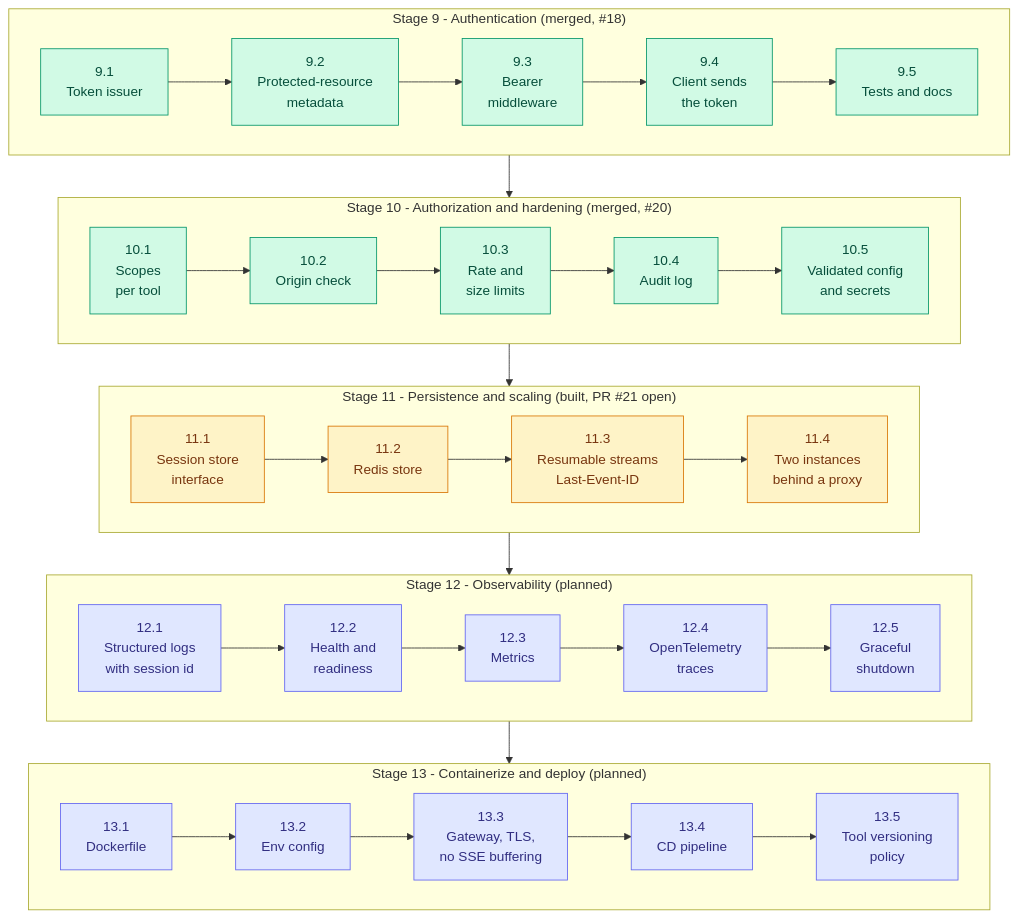
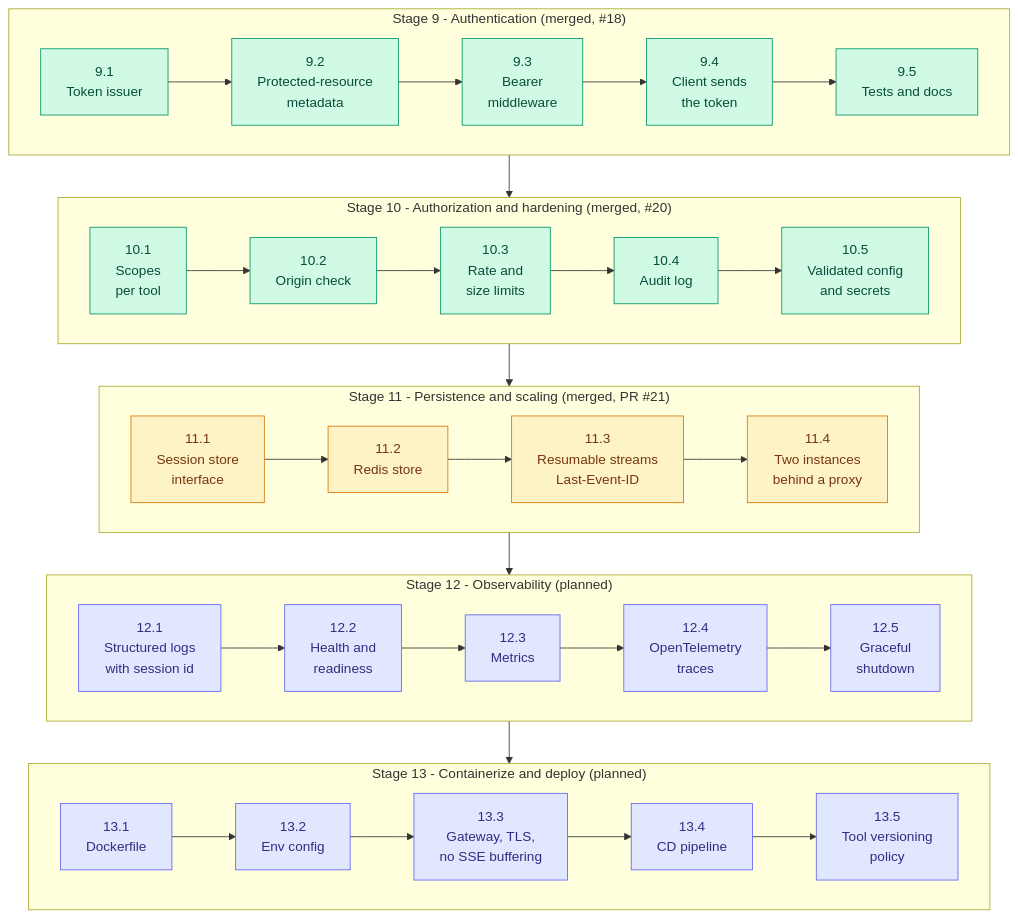
The third of 4 diagrams in README.md (shadmaanAsif/MCP-Explorer), drawn with Mermaid before and after one commit. The commit also changed other lines of this file, not shown here.

Commit message:
Show Stage 11 as merged in the README
Update the Stage 11 diagram title and the "Where we are" line now that
PR 21 is merged, and note that the Stage 12 plan is written.

````diff
--- a/README.md
+++ b/README.md
@@ -110,30 +110,30 @@
 ```mermaid
 flowchart TB
     subgraph S9["Stage 9 - Authentication (merged, #18)"]
         direction LR
         A1["9.1<br/>Token issuer"] --> A2["9.2<br/>Protected-resource<br/>metadata"] --> A3["9.3<br/>Bearer<br/>middleware"] --> A4["9.4<br/>Client sends<br/>the token"] --> A5["9.5<br/>Tests and docs"]
     end
     subgraph S10["Stage 10 - Authorization and hardening (merged, #20)"]
         direction LR
         B1["10.1<br/>Scopes<br/>per tool"] --> B2["10.2<br/>Origin check"] --> B3["10.3<br/>Rate and<br/>size limits"] --> B4["10.4<br/>Audit log"] --> B5["10.5<br/>Validated config<br/>and secrets"]
     end
-    subgraph S11["Stage 11 - Persistence and scaling (built, PR #21 open)"]
+    subgraph S11["Stage 11 - Persistence and scaling (merged, PR #21)"]
         direction LR
         C1["11.1<br/>Session store<br/>interface"] --> C2["11.2<br/>Redis store"] --> C3["11.3<br/>Resumable streams<br/>Last-Event-ID"] --> C4["11.4<br/>Two instances<br/>behind a proxy"]
     end
     subgraph S12["Stage 12 - Observability (planned)"]
         direction LR
         D1["12.1<br/>Structured logs<br/>with session id"] --> D2["12.2<br/>Health and<br/>readiness"] --> D3["12.3<br/>Metrics"] --> D4["12.4<br/>OpenTelemetry<br/>traces"] --> D5["12.5<br/>Graceful<br/>shutdown"]
     end
     subgraph S13["Stage 13 - Containerize and deploy (planned)"]
         direction LR
         E1["13.1<br/>Dockerfile"] --> E2["13.2<br/>Env config"] --> E3["13.3<br/>Gateway, TLS,<br/>no SSE buffering"] --> E4["13.4<br/>CD pipeline"] --> E5["13.5<br/>Tool versioning<br/>policy"]
     end
     S9 --> S10 --> S11 --> S12 --> S13
     classDef built fill:#d1fae5,stroke:#059669,color:#064e3b
     classDef current fill:#fef3c7,stroke:#d97706,color:#78350f
     classDef planned fill:#e0e7ff,stroke:#6366f1,color:#312e81
     class A1,A2,A3,A4,A5,B1,B2,B3,B4,B5 built
     class C1,C2,C3,C4 current
     class D1,D2,D3,D4,D5,E1,E2,E3,E4,E5 planned
 ```
````
